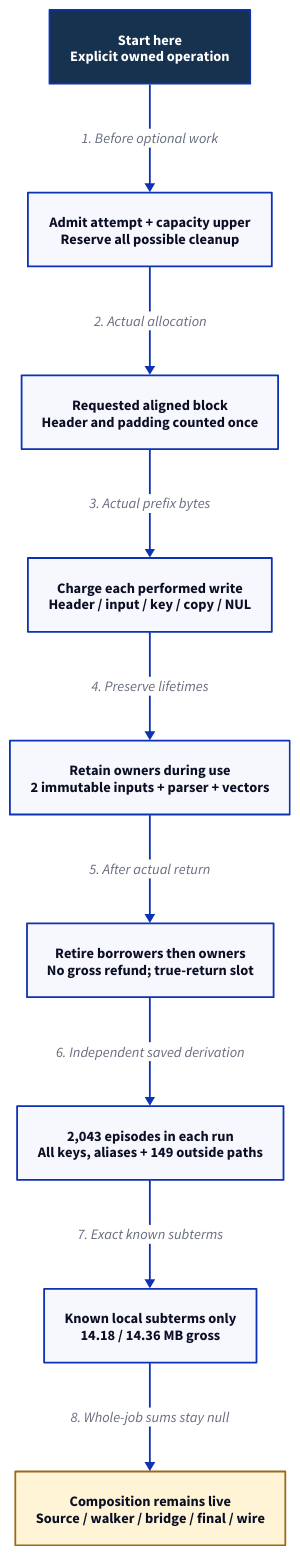
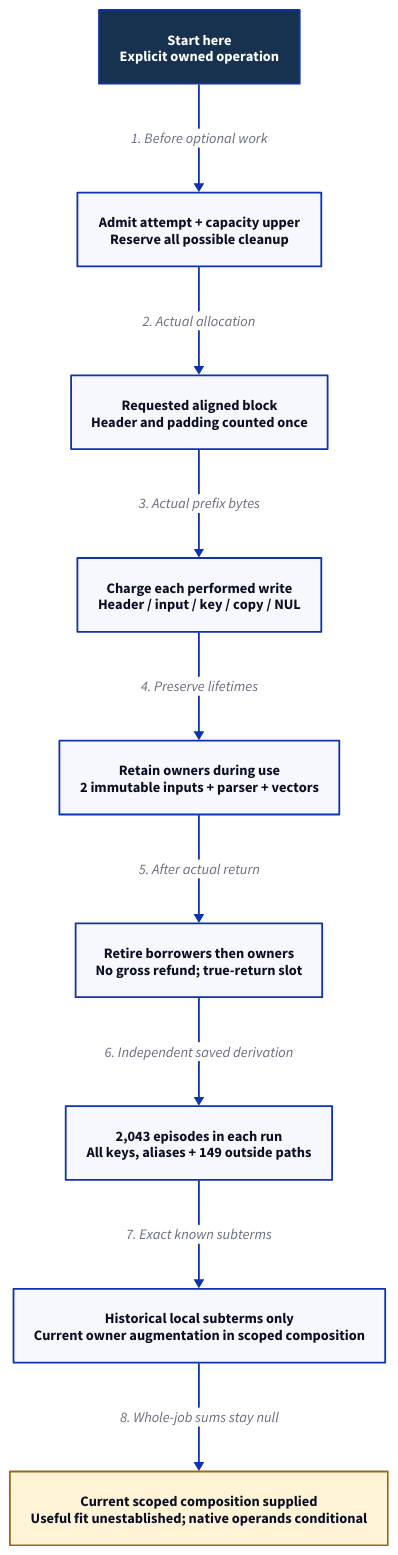
The diagram in docs/design/architecture/native-metadata-owned-storage.d2 (Linkuistics/Koine), drawn with D2 before and after one commit. The commit also changed 141 other files, not shown here.

```diff
--- a/docs/design/architecture/native-metadata-owned-storage.d2
+++ b/docs/design/architecture/native-metadata-owned-storage.d2
@@ -1,25 +1,25 @@
 direction: down
 start: "Start here\nExplicit owned operation" {
   style.fill: "#16324f"
   style.font-color: white
   style.bold: true
 }
 admit: "Admit attempt + capacity upper\nReserve all possible cleanup"
 capacity: "Requested aligned block\nHeader and padding counted once"
 writes: "Charge each performed write\nHeader / input / key / copy / NUL"
 overlap: "Retain owners during use\n2 immutable inputs + parser + vectors"
 retire: "Retire borrowers then owners\nNo gross refund; true-return slot"
 saved: "2,043 episodes in each run\nAll keys, aliases + 149 outside paths"
-known: "Known local subterms only\n14.18 / 14.36 MB gross"
-missing: "Composition remains live\nSource / walker / bridge / final / wire" {
+known: "Historical local subterms only\nCurrent owner augmentation in scoped composition"
+missing: "Current scoped composition supplied\nUseful fit unestablished; native operands conditional" {
   style.fill: "#fff4d6"
   style.stroke: "#9b6a18"
 }
 start -> admit: "1. Before optional work"
 admit -> capacity: "2. Actual allocation"
 capacity -> writes: "3. Actual prefix bytes"
 writes -> overlap: "4. Preserve lifetimes"
 overlap -> retire: "5. After actual return"
 retire -> saved: "6. Independent saved derivation"
 saved -> known: "7. Exact known subterms"
 known -> missing: "8. Whole-job sums stay null"
```
